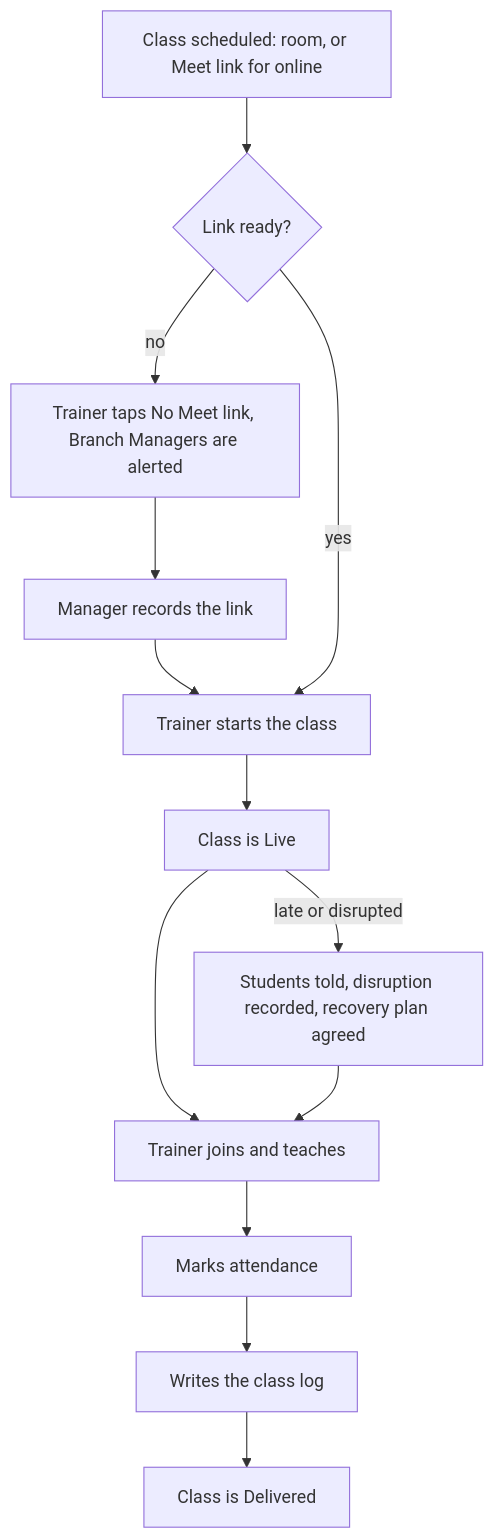
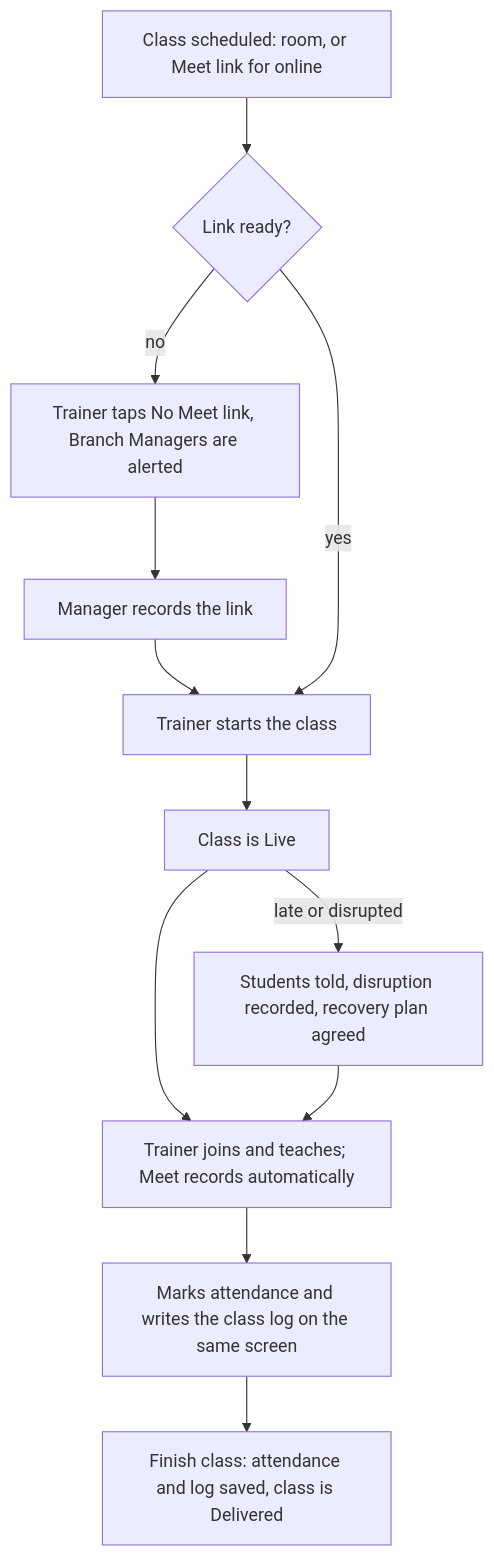
Before and after one commit to misterpk-18/nipunalms: the seventh of 17 diagrams in docs/PRODUCT_GUIDE.md, drawn with Mermaid. The commit also changed other lines of this file and 33 other files, not shown here.

````diff
--- a/docs/PRODUCT_GUIDE.md
+++ b/docs/PRODUCT_GUIDE.md
@@ -156,15 +160,14 @@
 ```mermaid
 flowchart TD
     A["Class scheduled: room, or Meet link for online"] --> B{"Link ready?"}
     B -->|"no"| B1["Trainer taps No Meet link, Branch Managers are alerted"]
     B1 --> B2["Manager records the link"]
     B2 --> C
     B -->|"yes"| C["Trainer starts the class"]
     C --> D["Class is Live"]
-    D --> E["Trainer joins and teaches"]
-    E --> F["Marks attendance"]
-    F --> G["Writes the class log"]
-    G --> H["Class is Delivered"]
+    D --> E["Trainer joins and teaches; Meet records automatically"]
+    E --> F["Marks attendance and writes the class log on the same screen"]
+    F --> H["Finish class: attendance and log saved, class is Delivered"]
     D -->|"late or disrupted"| I["Students told, disruption recorded, recovery plan agreed"]
     I --> E
 ```
````
